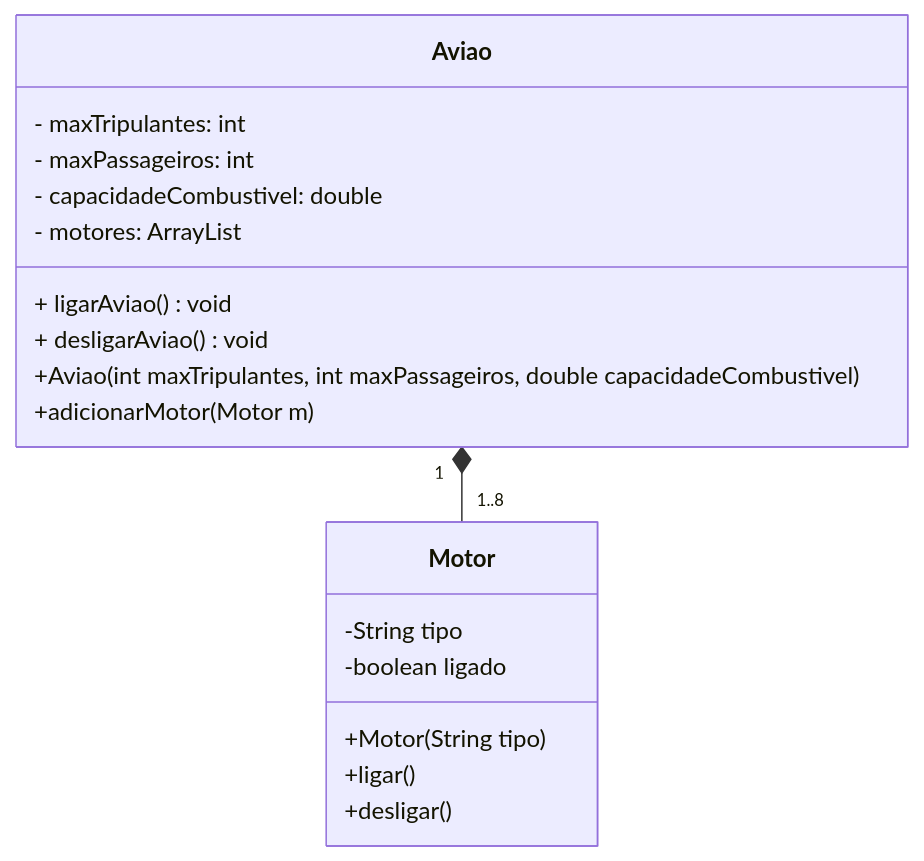
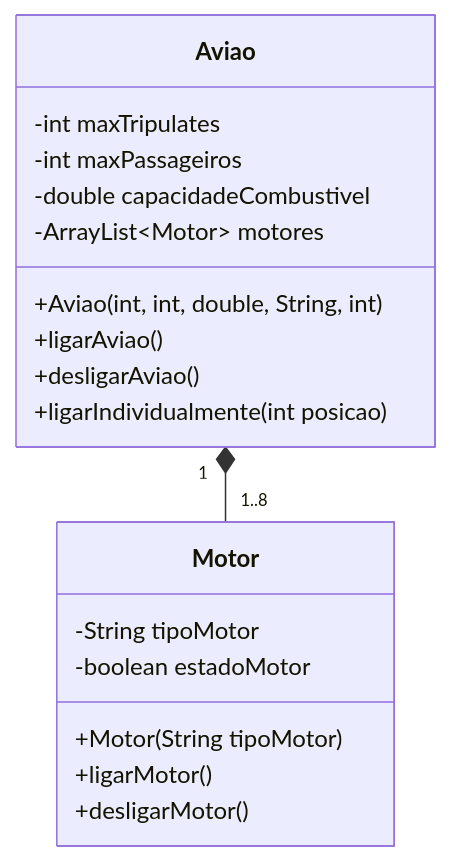
The diagram in Exercícios Prova/aviao/README.md (thaissacintra/POO), drawn with Mermaid before and after one commit.

Commit message:
alterando README

````diff
--- a/Exercícios Prova/aviao/README.md
+++ b/Exercícios Prova/aviao/README.md
@@ -1,23 +1,23 @@
 ```mermaid
 classDiagram 
-    class Aviao {
-        - maxTripulantes: int
-        - maxPassageiros: int
-        - capacidadeCombustivel: double
-        - motores: ArrayList<Motor>
-        + ligarAviao() void
-        + desligarAviao() void
-        +Aviao(int maxTripulantes, int maxPassageiros, double capacidadeCombustivel)
-        +adicionarMotor(Motor m)
+class Aviao {
+        -int maxTripulates
+        -int maxPassageiros
+        -double capacidadeCombustivel
+        -ArrayList~Motor~ motores
+        +Aviao(int, int, double, String, int)
+        +ligarAviao()
+        +desligarAviao()
+        +ligarIndividualmente(int posicao)
     }
-    
+
     class Motor {
-        -String tipo
-        -boolean ligado
-        +Motor(String tipo)
-        +ligar()
-        +desligar()
+        -String tipoMotor
+        -boolean estadoMotor
+        +Motor(String tipoMotor)
+        +ligarMotor()
+        +desligarMotor()
     }
     
     Aviao "1" *-- "1..8" Motor
 ```
````
